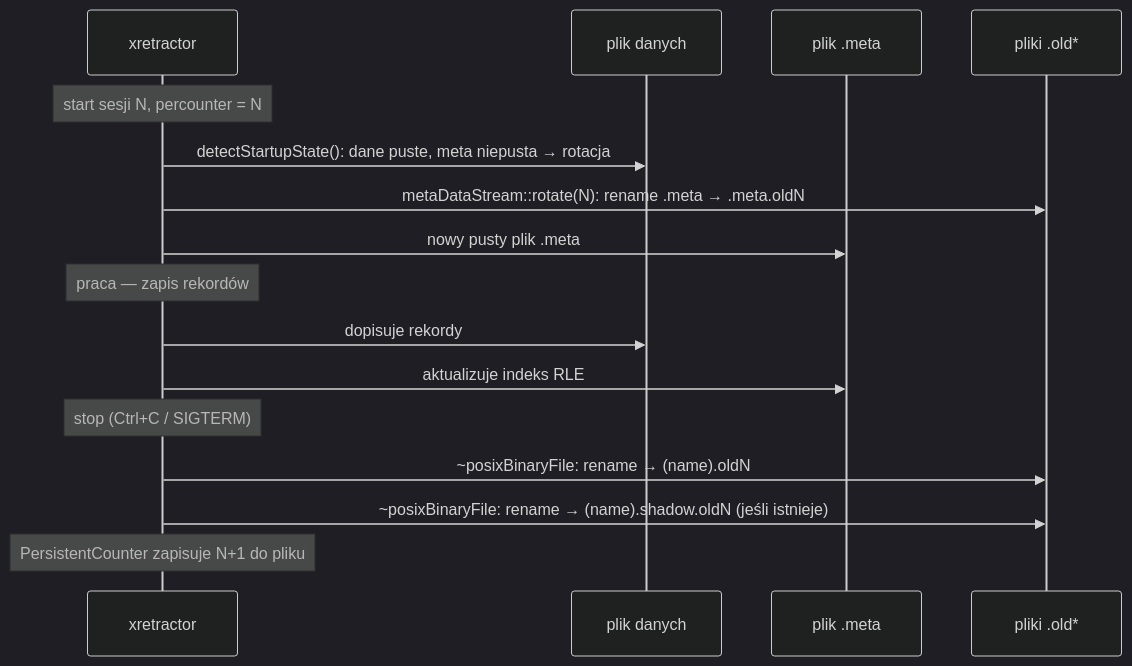
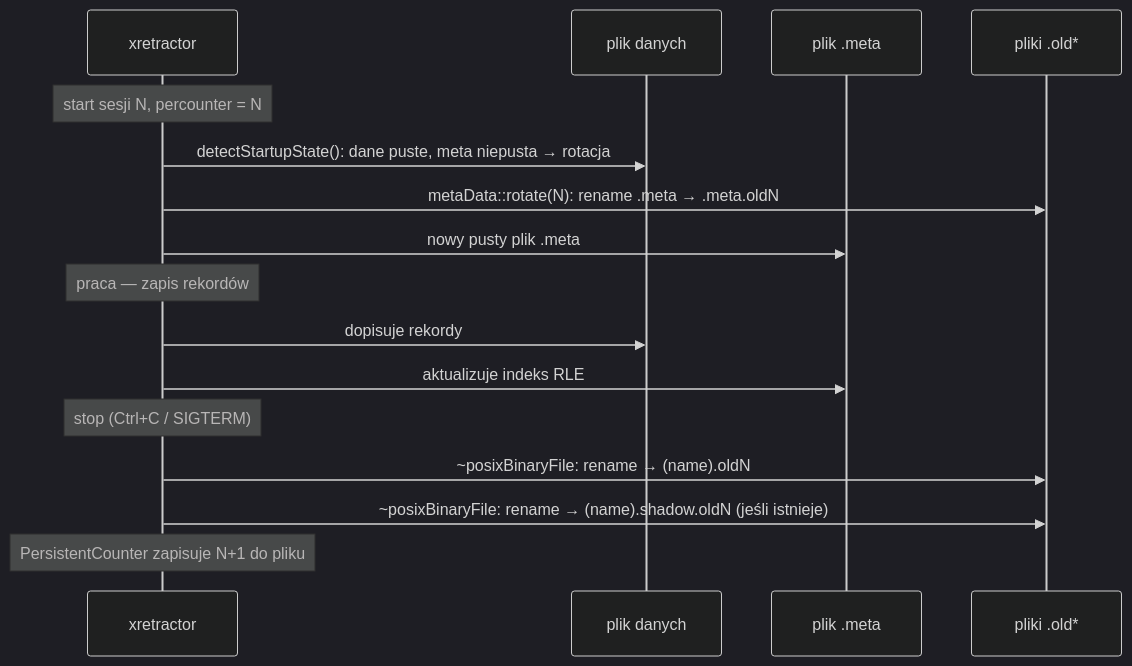
One commit to michalwidera/dokumentacja-rdb changed the diagram in architektura-systemu-przetwarzania-danych/format-zapisu-danych/rotacja.md. Above: the diagram before and after it, drawn with Mermaid (dark theme). The commit also changed other lines of this file and 16 other files, not shown here.

````diff
--- a/architektura-systemu-przetwarzania-danych/format-zapisu-danych/rotacja.md
+++ b/architektura-systemu-przetwarzania-danych/format-zapisu-danych/rotacja.md
@@ -26,22 +28,22 @@
 ```mermaid
 %% pdf-width: 100%
 sequenceDiagram
     participant RQL as xretractor
     participant D as plik danych
     participant M as plik .meta
     participant Old as pliki .old*
 
     Note over RQL: start sesji N, percounter = N
     RQL->>D: detectStartupState(): dane puste, meta niepusta → rotacja
-    RQL->>Old: metaDataStream::rotate(N): rename .meta → .meta.oldN
+    RQL->>Old: metaData::rotate(N): rename .meta → .meta.oldN
     RQL->>M: nowy pusty plik .meta
 
     Note over RQL: praca — zapis rekordów
     RQL->>D: dopisuje rekordy
     RQL->>M: aktualizuje indeks RLE
 
     Note over RQL: stop (Ctrl+C / SIGTERM)
     RQL->>Old: ~posixBinaryFile: rename → (name).oldN
     RQL->>Old: ~posixBinaryFile: rename → (name).shadow.oldN (jeśli istnieje)
     Note over RQL: PersistentCounter zapisuje N+1 do pliku
 ```
````
